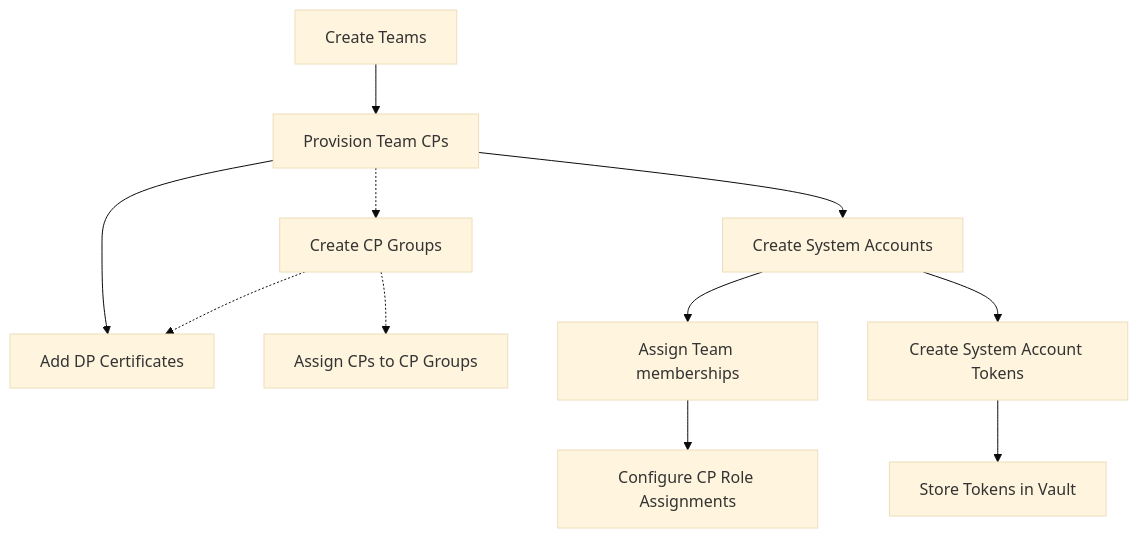
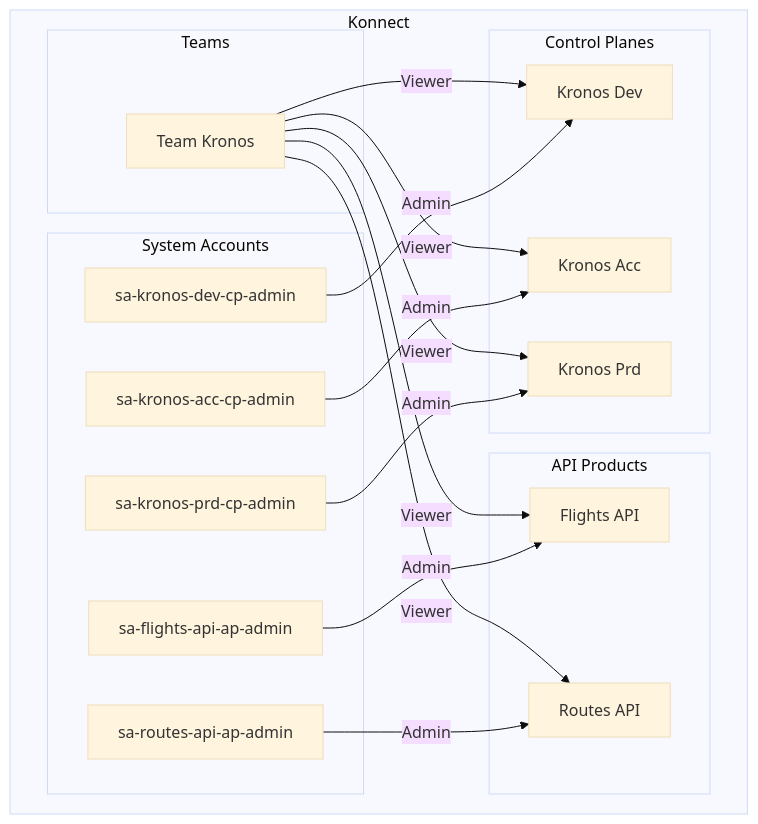
The fourth of 5 diagrams in README.md (pantsel/konnect-platform-ops-demo), drawn with Mermaid (base theme) before and after one commit. The commit also changed other lines of this file, not shown here.

````diff
--- a/README.md
+++ b/README.md
@@ -499,20 +300,40 @@
 ```mermaid
 graph TD;
-    A[Create Teams]
-    B[Provision Team CPs]
-    C[Create CP Groups]
-    D[Add DP Certificates]
-    E[Assign CPs to CP Groups]
-    F[Create System Accounts]
-    G[Assign Team memberships] --> H[Configure CP Role Assignments]
-    J[Create System Account Tokens] --> I[Store Tokens in Vault]
+  subgraph Konnect
+    subgraph Teams
+      A[Team Kronos]
+    end
 
-    A --> B
-    B --> D
-    B -.-> C
-    C -.-> D
-    C -.-> E
-    B --> F
-    F --> G
-    F --> J
+    subgraph System Accounts
+      E[sa-kronos-dev-cp-admin]
+      F[sa-kronos-acc-cp-admin]
+      G[sa-kronos-prd-cp-admin]
+      J[sa-flights-api-ap-admin]
+      K[sa-routes-api-ap-admin]
+    end
+
+    subgraph API Products
+      H[Flights API]
+      I[Routes API]
+    end
+
+    subgraph Control Planes
+      B[Kronos Dev]
+      C[Kronos Acc]
+      D[Kronos Prd]
+    end
+  end
+
+  A --> |Viewer|B
+  A --> |Viewer|C
+  A --> |Viewer|D
+  A --> |Viewer|H
+  A --> |Viewer|I
+
+  E --> |Admin|B
+  F --> |Admin|C
+  G --> |Admin|D
+  J --> |Admin|H
+  K --> |Admin|I
+
 ```
````
